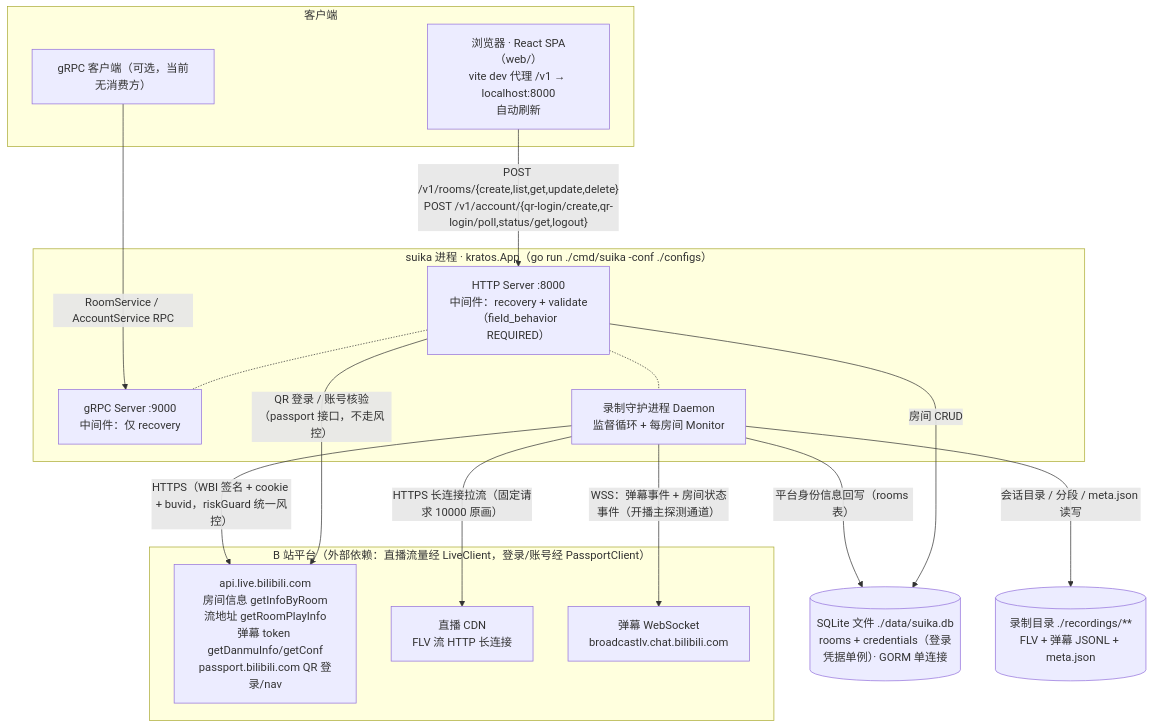
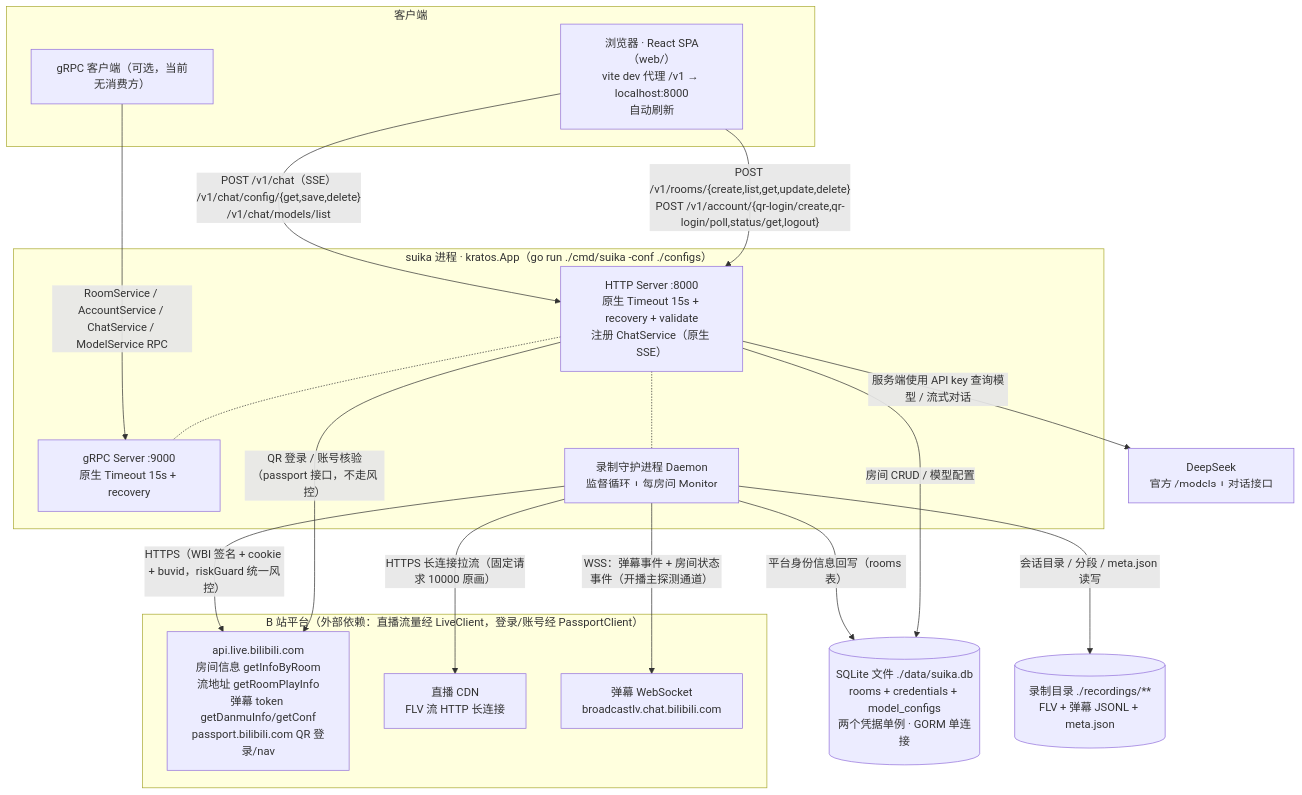
Before and after one commit to xgbt/suika: the first of 11 diagrams in docs/design/architecture-diagrams.md, drawn with Mermaid. The commit also changed other lines of this file and 50 other files, not shown here.

First line of the commit message:
feat: implement chat and model configuration services with HTTP and gRPC support

````diff
--- a/docs/design/architecture-diagrams.md
+++ b/docs/design/architecture-diagrams.md
@@ -23,34 +27,37 @@
 ```mermaid
 flowchart TB
     subgraph CLIENT["客户端"]
         WEB["浏览器 · React SPA（web/）<br/>vite dev 代理 /v1 → localhost:8000<br/>自动刷新"]
         GRPCCLI["gRPC 客户端（可选，当前无消费方）"]
     end
 
     subgraph SUIKA["suika 进程 · kratos.App（go run ./cmd/suika -conf ./configs）"]
-        HS["HTTP Server :8000<br/>中间件：recovery + validate（field_behavior REQUIRED）"]
-        GS["gRPC Server :9000<br/>中间件：仅 recovery"]
+        HS["HTTP Server :8000<br/>原生 Timeout 15s + recovery + validate<br/>注册 ChatService（原生 SSE）"]
+        GS["gRPC Server :9000<br/>原生 Timeout 15s + recovery"]
         DM["录制守护进程 Daemon<br/>监督循环 + 每房间 Monitor"]
         HS -.- GS
         HS -.- DM
     end
 
-    DB[("SQLite 文件 ./data/suika.db<br/>rooms + credentials（登录凭据单例）· GORM 单连接")]
+    DB[("SQLite 文件 ./data/suika.db<br/>rooms + credentials + model_configs<br/>两个凭据单例 · GORM 单连接")]
     REC[("录制目录 ./recordings/**<br/>FLV + 弹幕 JSONL + meta.json")]
+    DS["DeepSeek<br/>官方 /models + 对话接口"]
 
     subgraph BILI["B 站平台（外部依赖：直播流量经 LiveClient，登录/账号经 PassportClient）"]
         API["api.live.bilibili.com<br/>房间信息 getInfoByRoom<br/>流地址 getRoomPlayInfo<br/>弹幕 token getDanmuInfo/getConf<br/>passport.bilibili.com QR 登录/nav"]
         CDN["直播 CDN<br/>FLV 流 HTTP 长连接"]
         DMWS["弹幕 WebSocket<br/>broadcastlv.chat.bilibili.com"]
     end
 
     WEB -- "POST /v1/rooms/{create,list,get,update,delete}<br/>POST /v1/account/{qr-login/create,qr-login/poll,status/get,logout}" --> HS
-    GRPCCLI -- "RoomService / AccountService RPC" --> GS
-    HS -- "房间 CRUD" --> DB
+    WEB -- "POST /v1/chat（SSE）<br/>/v1/chat/config/{get,save,delete}<br/>/v1/chat/models/list" --> HS
+    GRPCCLI -- "RoomService / AccountService / ChatService / ModelService RPC" --> GS
+    HS -- "房间 CRUD / 模型配置" --> DB
+    HS -- "服务端使用 API key 查询模型 / 流式对话" --> DS
     HS -- "QR 登录 / 账号核验（passport 接口，不走风控）" --> API
     DM -- "平台身份信息回写（rooms 表）" --> DB
     DM -- "会话目录 / 分段 / meta.json 读写" --> REC
     DM -- "HTTPS（WBI 签名 + cookie + buvid，riskGuard 统一风控）" --> API
     DM -- "HTTPS 长连接拉流（固定请求 10000 原画）" --> CDN
     DM -- "WSS：弹幕事件 + 房间状态事件（开播主探测通道）" --> DMWS
 ```
````
